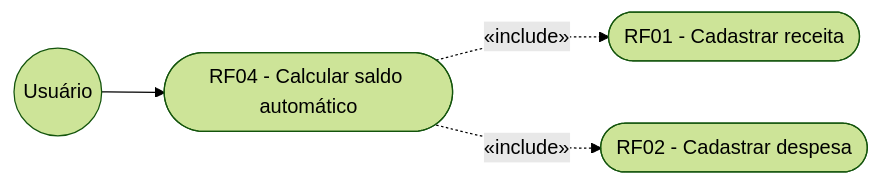
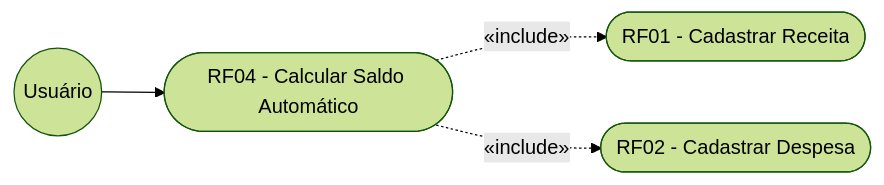
The fourth of 8 diagrams in relacionamento/dcu.md (NEXA-project-br/NEXA), drawn with Mermaid (forest theme) before and after one commit. The commit also changed other lines of this file and 4 other files, not shown here.

````diff
--- a/relacionamento/dcu.md
+++ b/relacionamento/dcu.md
@@ -44,11 +46,11 @@
 ```mermaid
 graph LR
   U((Usuário))
-  RF04([RF04 - Calcular saldo automático])
-  RF01([RF01 - Cadastrar receita])
-  RF02([RF02 - Cadastrar despesa])
+  RF04([RF04 - Calcular Saldo Automático])
+  RF01([RF01 - Cadastrar Receita])
+  RF02([RF02 - Cadastrar Despesa])
 
   U --> RF04
   RF04 -.->|«include»| RF01
   RF04 -.->|«include»| RF02
 ```
````
